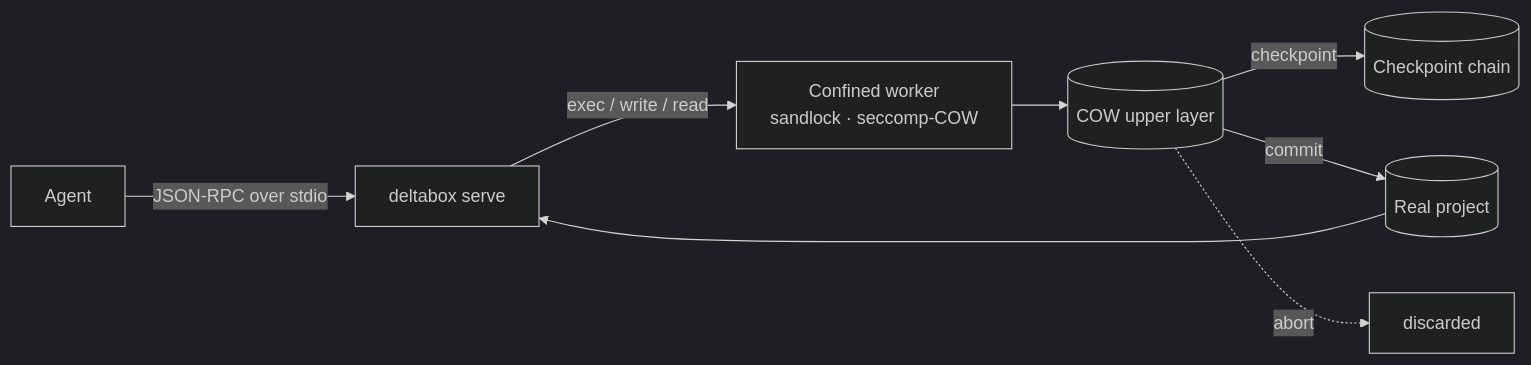
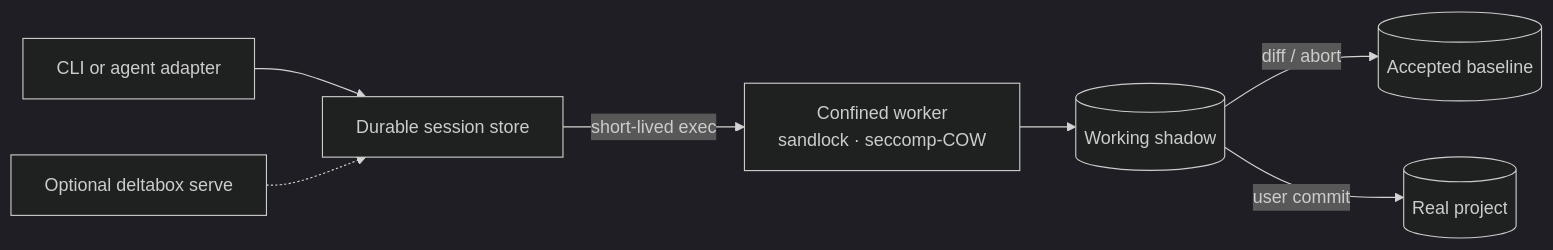
Before and after one commit to delta-box/deltabox-lite: the diagram in README.md, drawn with Mermaid (dark theme). The commit also changed other lines of this file and 9 other files, not shown here.

````diff
--- a/README.md
+++ b/README.md
@@ -52,10 +52,9 @@
 ```mermaid
 flowchart LR
-    A[Agent] -->|JSON-RPC over stdio| S[deltabox serve]
-    S -->|exec / write / read| W[Confined worker<br/>sandlock · seccomp-COW]
-    W --> U[(COW upper layer)]
-    U -->|checkpoint| C[(Checkpoint chain)]
-    U -->|commit| P[(Real project)]
-    U -.->|abort| X[discarded]
-    P --> S
+    A[CLI or agent adapter] --> D[Durable session store]
+    D -->|short-lived exec| W[Confined worker<br/>sandlock · seccomp-COW]
+    W --> S[(Working shadow)]
+    S -->|diff / abort| B[(Accepted baseline)]
+    S -->|user commit| P[(Real project)]
+    O[Optional deltabox serve] -.-> D
 ```
````
